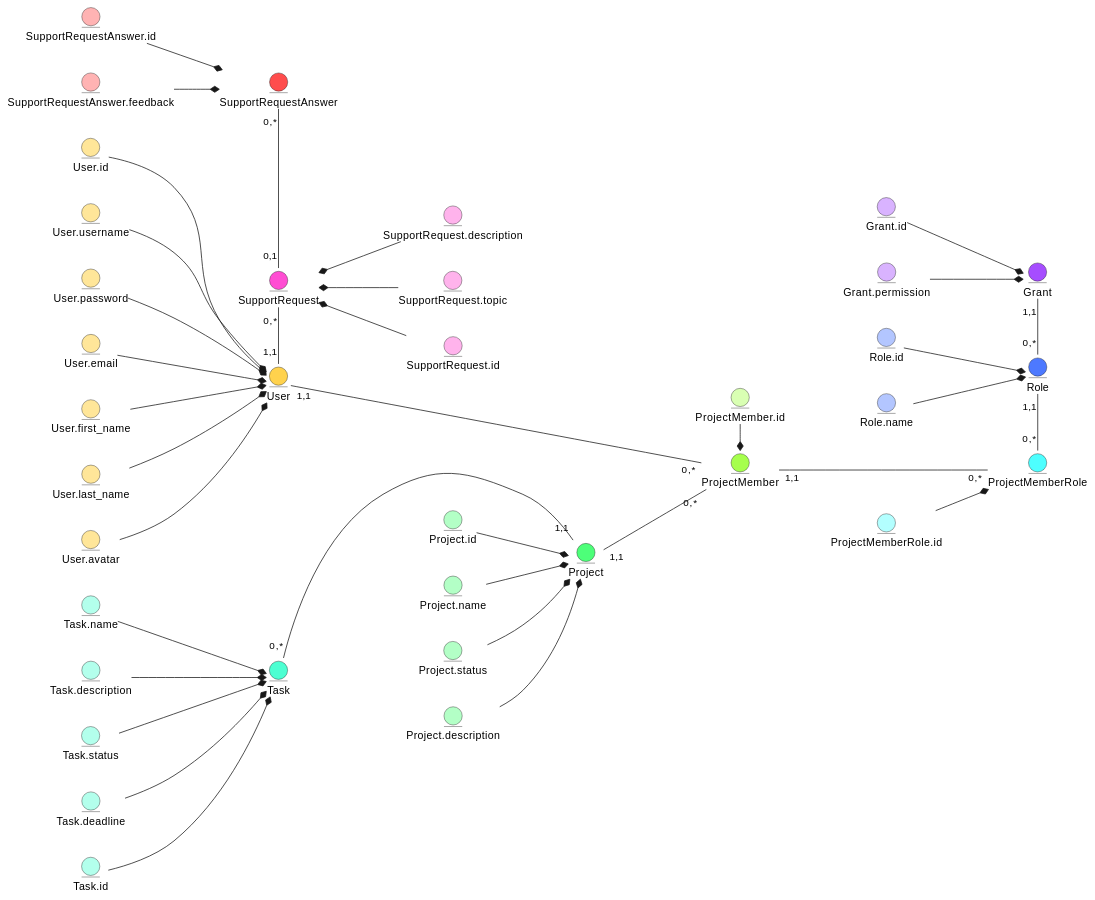
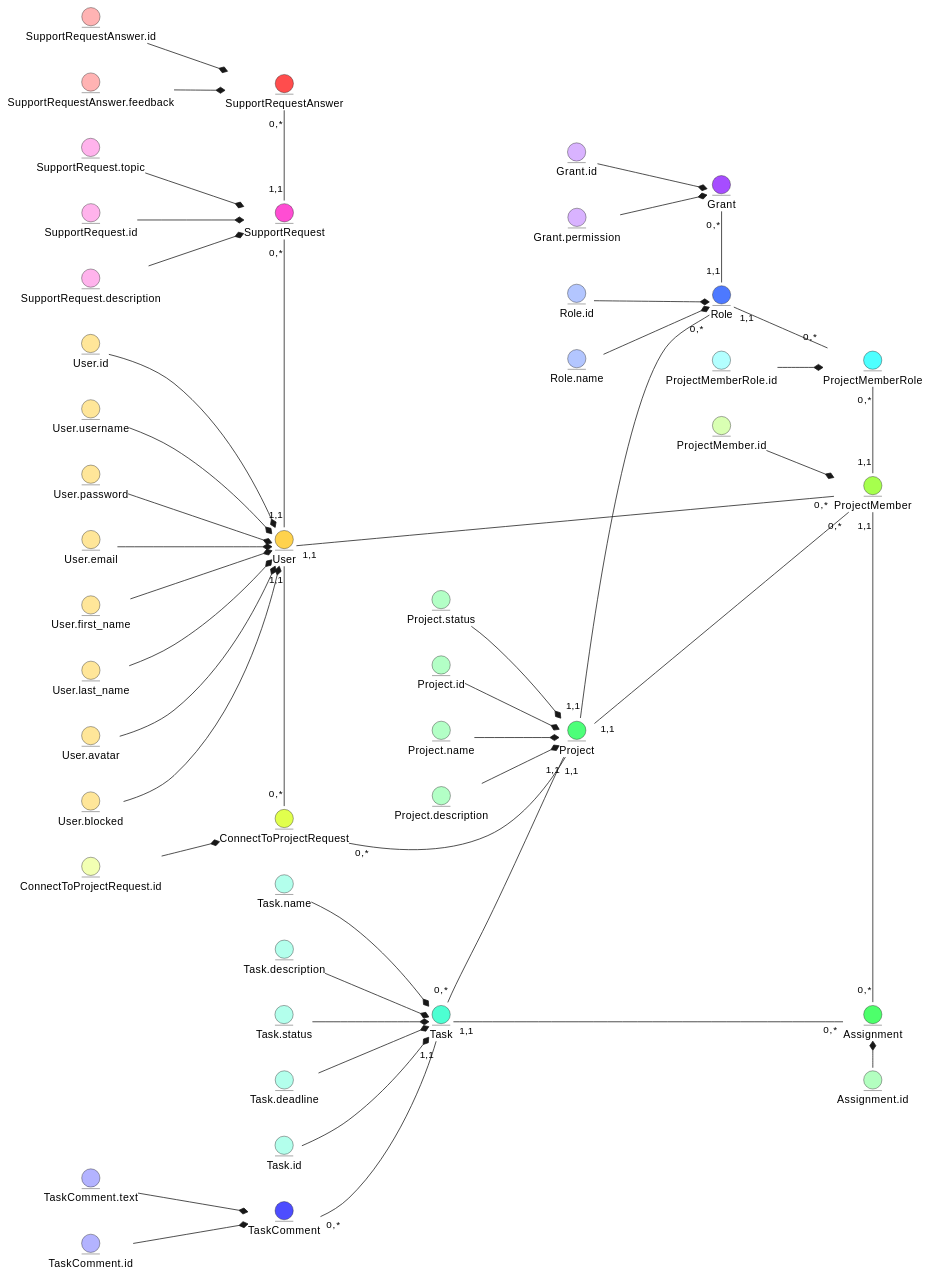
One commit to wiiiolettaaaaa/coursework_database changed the diagram in docs/design/README.md. Above: the diagram before and after it, drawn with PlantUML.

Commit message:
fix business objects scheme connections

```diff
--- a/docs/design/README.md
+++ b/docs/design/README.md
@@ -14,6 +14,7 @@
     entity User.first_name #ffe699
     entity User.last_name #ffe699
     entity User.avatar #ffe699
+    entity User.blocked #ffe699
 
     User.id -d-* User
     User.username -d-* User
@@ -21,7 +22,8 @@
     User.email -d-* User
     User.first_name -d-* User
     User.last_name -d-* User
-    User.avatar  --* User
+    User.avatar --* User
+    User.blocked --* User
 
 
     entity Grant #a64dff
@@ -49,7 +51,7 @@
     entity ProjectMember #a6ff4d
     entity ProjectMember.id #d9ffb3
 
-    ProjectMember.id -r-* ProjectMember
+    ProjectMember.id --* ProjectMember
 
 
     entity Project #4dff79
@@ -76,14 +78,35 @@
     Task.status -d-* Task
     Task.deadline -d-* Task
 
+
+    entity TaskComment #4d4dff
+    entity TaskComment.id #b3b3ff
+    entity TaskComment.text #b3b3ff
+
+    TaskComment.id --* TaskComment
+    TaskComment.text --* TaskComment
+
+
+    entity Assignment #4dff6b
+    entity Assignment.id #b3ffc0
+
+    Assignment.id -l-* Assignment
+
+
+    entity ConnectToProjectRequest #e1ff4d
+    entity ConnectToProjectRequest.id #f2ffb3
+
+    ConnectToProjectRequest.id --* ConnectToProjectRequest
+
+
     entity SupportRequest #ff4dd3
     entity SupportRequest.id #ffb3ec
     entity SupportRequest.description #ffb3ec
     entity SupportRequest.topic #ffb3ec
 
-    SupportRequest.id -u-* SupportRequest
-    SupportRequest.topic -u-* SupportRequest
-    SupportRequest.description -u-* SupportRequest
+    SupportRequest.id -d-* SupportRequest
+    SupportRequest.topic -d-* SupportRequest
+    SupportRequest.description -d-* SupportRequest
 
     entity SupportRequestAnswer #ff4d4d
     entity SupportRequestAnswer.id #ffb3b3
@@ -92,17 +115,30 @@
     SupportRequestAnswer.id -d-* SupportRequestAnswer
     SupportRequestAnswer.feedback -d-* SupportRequestAnswer
 
-    User "1,1" -d-- "0,*" ProjectMember
-    Grant "1,1" -r- "0,*" Role
+    User "1,1" -- "0,*" ProjectMember
+    Role "1,1" -l- "0,*" Grant
 
-    ProjectMemberRole "0,*" -l-- "1,1" Role
-    ProjectMemberRole "0,*" -u-- "1,1" ProjectMember
-    ProjectMember "0,*" -u-- "1,1" Project
-    Project "1,1" -u-- "0,*" Task
-    Task -l[hidden]-> User
-    SupportRequest.topic -l[hidden]-> Project.status
+    ProjectMemberRole "0,*" -u- "1,1" Role
+    ProjectMemberRole "0,*" -r- "1,1" ProjectMember
+    Role "0,*" -u- "1,1" Project
+    ProjectMember "0,*" -u- "1,1" Project
+    Project "1,1" -u- "0,*" Task
+    TaskComment "0,*" -- "1,1" Task
+    Task "1,1" -- "0,*" Assignment
+    ProjectMember "1,1" -r- "0,*" Assignment
+    ConnectToProjectRequest "0,*" -l- "1,1" User
+    ConnectToProjectRequest "0,*" --- "1,1" Project
 
-    SupportRequest "0,*" -r-- "1,1" User
-    SupportRequestAnswer "0,*" -r-- "0,1" SupportRequest
+    SupportRequest "0,*" -r- "1,1" User
+    SupportRequestAnswer "0,*" -r- "1,1" SupportRequest
+
+    ConnectToProjectRequest -r[hidden]- Project
+    User  -r[hidden]-  Project
+    Task  -r[hidden]-  Project
+    Role  -u[hidden]-  Project
+    Assignment  -u[hidden]-  TaskComment
+    Grant -u[hidden]--- SupportRequestAnswer
+    ConnectToProjectRequest -[hidden]- Project
+    TaskComment -[hidden]- Task
 
 @enduml
```
